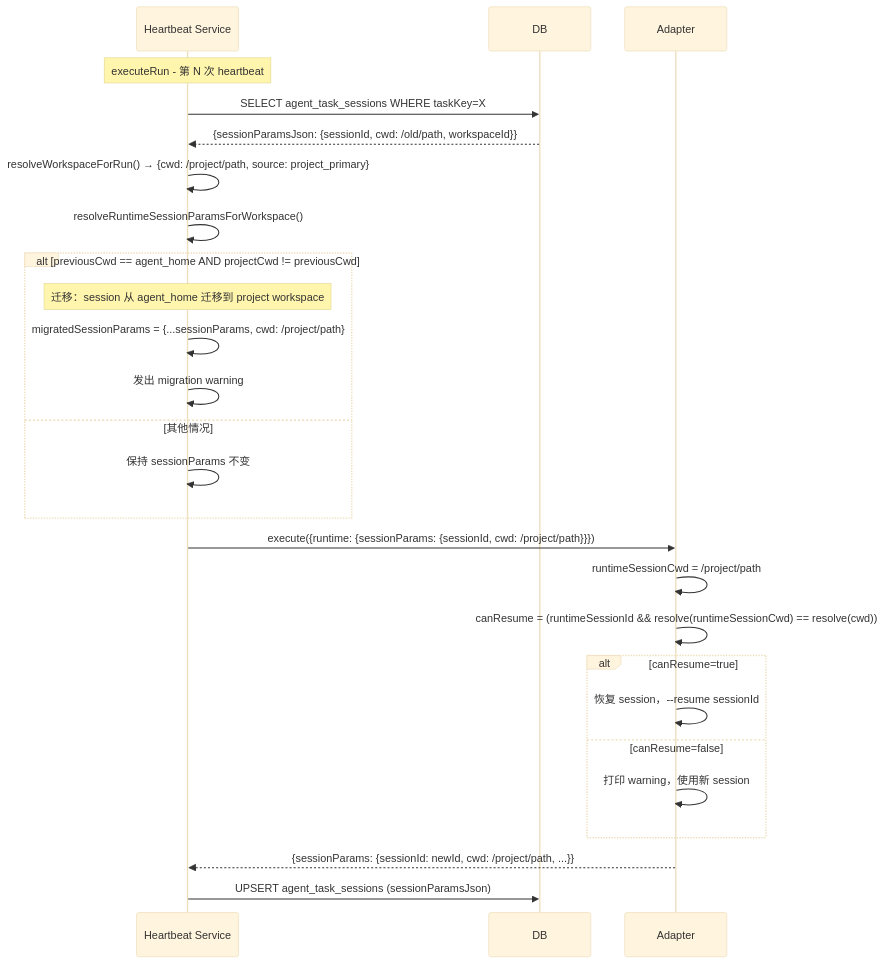
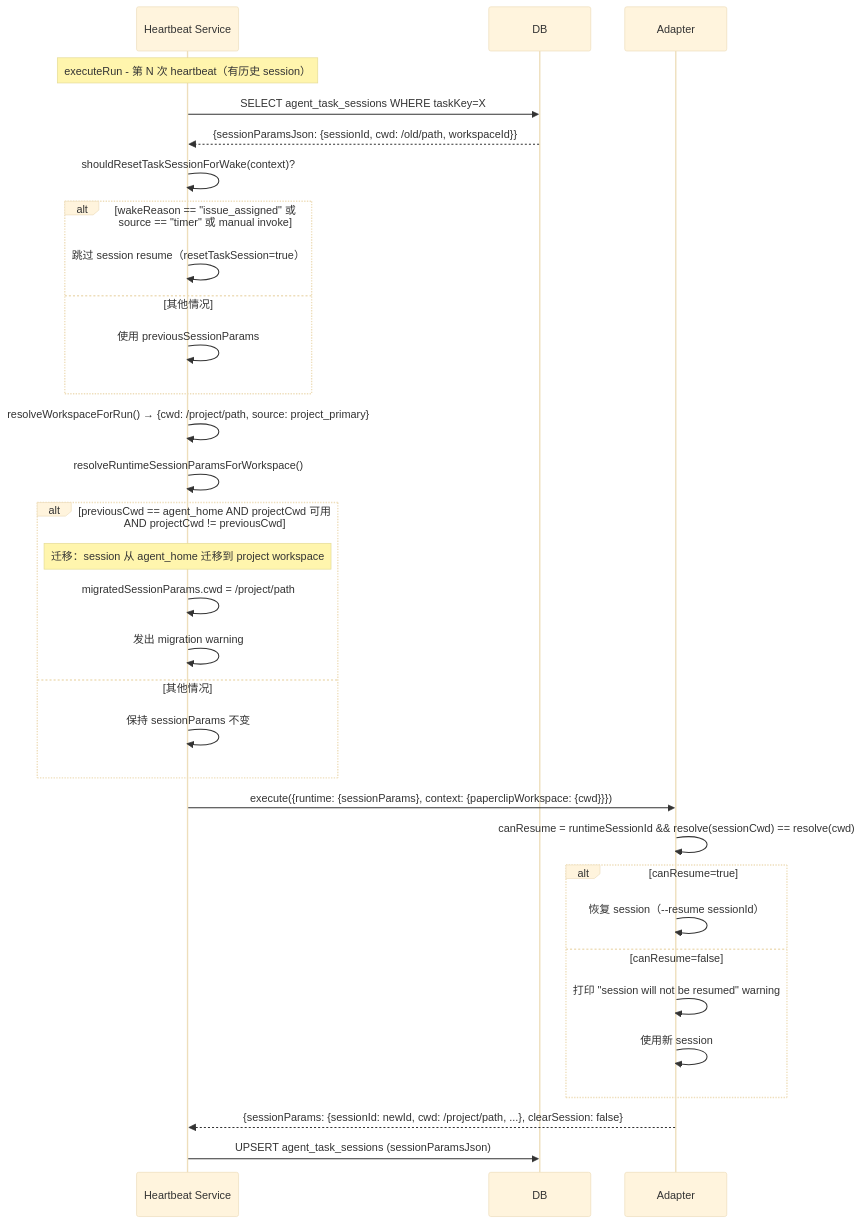
Before and after one commit to glide-the/paperclip: the third of 4 diagrams in doc/ASSIGNEE-PROJECT-ENV.md, drawn with Mermaid (base theme). The commit also changed other lines of this file, not shown here.

Commit message:
doc: restructure ASSIGNEE-PROJECT-ENV.md to match required output format

````diff
--- a/doc/ASSIGNEE-PROJECT-ENV.md
+++ b/doc/ASSIGNEE-PROJECT-ENV.md
@@ -344,34 +266,40 @@
 ```mermaid
 sequenceDiagram
     participant HbSvc as Heartbeat Service
     participant DB
     participant Adapter
 
-    Note over HbSvc: executeRun - 第 N 次 heartbeat
+    Note over HbSvc: executeRun - 第 N 次 heartbeat（有历史 session）
 
     HbSvc->>DB: SELECT agent_task_sessions WHERE taskKey=X
     DB-->>HbSvc: {sessionParamsJson: {sessionId, cwd: /old/path, workspaceId}}
+    HbSvc->>HbSvc: shouldResetTaskSessionForWake(context)?
+    alt wakeReason == "issue_assigned" 或 source == "timer" 或 manual invoke
+        HbSvc->>HbSvc: 跳过 session resume（resetTaskSession=true）
+    else 其他情况
+        HbSvc->>HbSvc: 使用 previousSessionParams
+    end
     HbSvc->>HbSvc: resolveWorkspaceForRun() → {cwd: /project/path, source: project_primary}
     HbSvc->>HbSvc: resolveRuntimeSessionParamsForWorkspace()
 
-    alt previousCwd == agent_home AND projectCwd != previousCwd
+    alt previousCwd == agent_home AND projectCwd 可用 AND projectCwd != previousCwd
         Note over HbSvc: 迁移：session 从 agent_home 迁移到 project workspace
-        HbSvc->>HbSvc: migratedSessionParams = {...sessionParams, cwd: /project/path}
+        HbSvc->>HbSvc: migratedSessionParams.cwd = /project/path
         HbSvc->>HbSvc: 发出 migration warning
     else 其他情况
         HbSvc->>HbSvc: 保持 sessionParams 不变
     end
 
-    HbSvc->>Adapter: execute({runtime: {sessionParams: {sessionId, cwd: /project/path}}})
-    Adapter->>Adapter: runtimeSessionCwd = /project/path
-    Adapter->>Adapter: canResume = (runtimeSessionId && resolve(runtimeSessionCwd) == resolve(cwd))
+    HbSvc->>Adapter: execute({runtime: {sessionParams}, context: {paperclipWorkspace: {cwd}}})
+    Adapter->>Adapter: canResume = runtimeSessionId && resolve(sessionCwd) == resolve(cwd)
 
     alt canResume=true
-        Adapter->>Adapter: 恢复 session，--resume sessionId
+        Adapter->>Adapter: 恢复 session（--resume sessionId）
     else canResume=false
-        Adapter->>Adapter: 打印 warning，使用新 session
+        Adapter->>Adapter: 打印 "session will not be resumed" warning
+        Adapter->>Adapter: 使用新 session
     end
 
-    Adapter-->>HbSvc: {sessionParams: {sessionId: newId, cwd: /project/path, ...}}
+    Adapter-->>HbSvc: {sessionParams: {sessionId: newId, cwd: /project/path, ...}, clearSession: false}
     HbSvc->>DB: UPSERT agent_task_sessions (sessionParamsJson)
 ```
````
